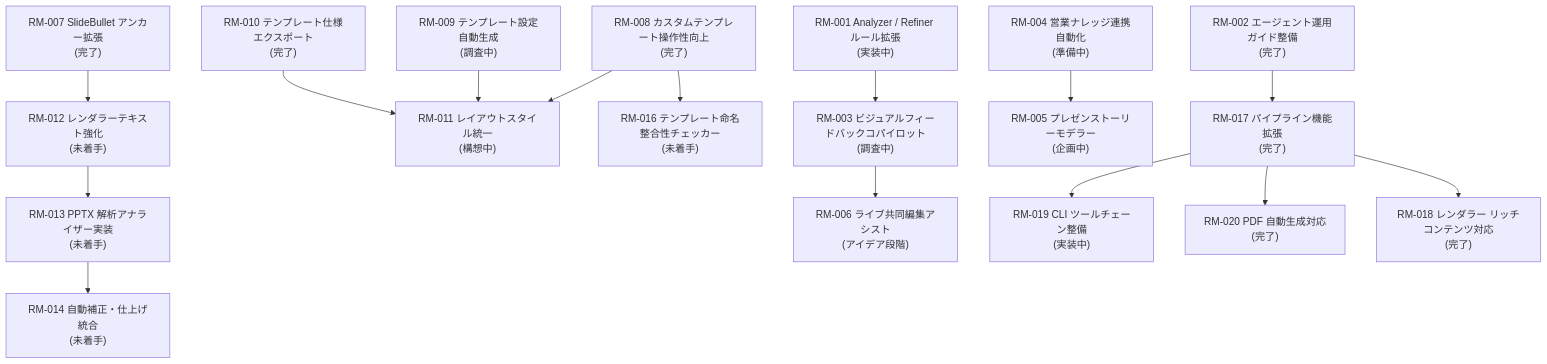
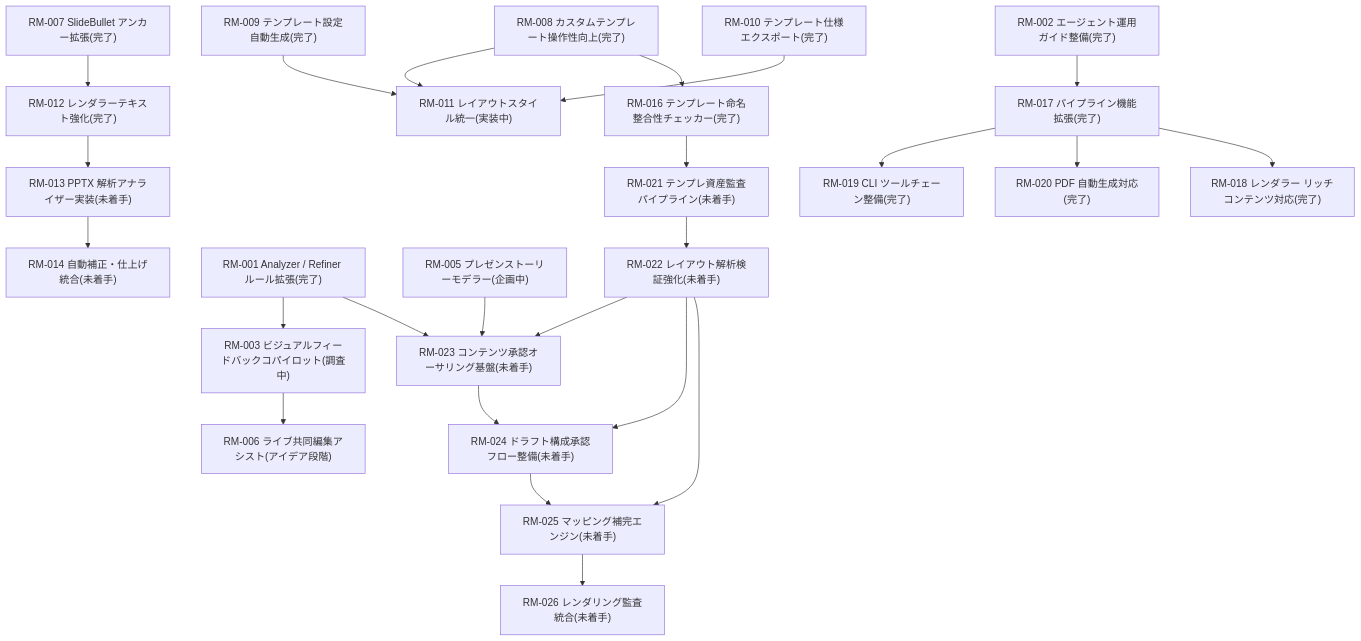
Before and after one commit to yurake/pptx_generator: the diagram in docs/roadmap/README.md, drawn with Mermaid. The commit also changed other lines of this file and 6 other files, not shown here.

````diff
--- a/docs/roadmap/README.md
+++ b/docs/roadmap/README.md
@@ -28,17 +28,26 @@
 ```mermaid
 graph TD
-    RM007["RM-007 SlideBullet アンカー拡張\n(完了)"] --> RM012["RM-012 レンダラーテキスト強化\n(未着手)"]
-    RM012 --> RM013["RM-013 PPTX 解析アナライザー実装\n(未着手)"]
-    RM013 --> RM014["RM-014 自動補正・仕上げ統合\n(未着手)"]
-    RM008["RM-008 カスタムテンプレート操作性向上\n(完了)"] --> RM011["RM-011 レイアウトスタイル統一\n(構想中)"]
-    RM009["RM-009 テンプレート設定自動生成\n(調査中)"] --> RM011
-    RM010["RM-010 テンプレート仕様エクスポート\n(完了)"] --> RM011
-    RM008 --> RM016["RM-016 テンプレート命名整合性チェッカー\n(未着手)"]
-    RM001["RM-001 Analyzer / Refiner ルール拡張\n(実装中)"] --> RM003["RM-003 ビジュアルフィードバックコパイロット\n(調査中)"]
-    RM003 --> RM006["RM-006 ライブ共同編集アシスト\n(アイデア段階)"]
-    RM004["RM-004 営業ナレッジ連携自動化\n(準備中)"] --> RM005["RM-005 プレゼンストーリーモデラー\n(企画中)"]
-    RM002["RM-002 エージェント運用ガイド整備\n(完了)"] --> RM017["RM-017 パイプライン機能拡張\n(完了)"]
-    RM017 --> RM019["RM-019 CLI ツールチェーン整備\n(実装中)"]
-    RM017 --> RM020["RM-020 PDF 自動生成対応\n(完了)"]
-    RM017 --> RM018["RM-018 レンダラー リッチコンテンツ対応\n(完了)"]
+    RM007["RM-007 SlideBullet アンカー拡張(完了)"] --> RM012["RM-012 レンダラーテキスト強化(完了)"]
+    RM012 --> RM013["RM-013 PPTX 解析アナライザー実装(未着手)"]
+    RM013 --> RM014["RM-014 自動補正・仕上げ統合(未着手)"]
+    RM008["RM-008 カスタムテンプレート操作性向上(完了)"] --> RM011["RM-011 レイアウトスタイル統一(実装中)"]
+    RM009["RM-009 テンプレート設定自動生成(完了)"] --> RM011
+    RM010["RM-010 テンプレート仕様エクスポート(完了)"] --> RM011
+    RM008 --> RM016["RM-016 テンプレート命名整合性チェッカー(完了)"]
+    RM016 --> RM021["RM-021 テンプレ資産監査パイプライン(未着手)"]
+    RM001["RM-001 Analyzer / Refiner ルール拡張(完了)"] --> RM003["RM-003 ビジュアルフィードバックコパイロット(調査中)"]
+    RM001 --> RM023["RM-023 コンテンツ承認オーサリング基盤(未着手)"]
+    RM005["RM-005 プレゼンストーリーモデラー(企画中)"] --> RM023
+    RM003 --> RM006["RM-006 ライブ共同編集アシスト(アイデア段階)"]
+    RM002["RM-002 エージェント運用ガイド整備(完了)"] --> RM017["RM-017 パイプライン機能拡張(完了)"]
+    RM017 --> RM019["RM-019 CLI ツールチェーン整備(完了)"]
+    RM017 --> RM020["RM-020 PDF 自動生成対応(完了)"]
+    RM017 --> RM018["RM-018 レンダラー リッチコンテンツ対応(完了)"]
+    RM021 --> RM022["RM-022 レイアウト解析検証強化(未着手)"]
+    RM022 --> RM023
+    RM022 --> RM024["RM-024 ドラフト構成承認フロー整備(未着手)"]
+    RM023 --> RM024
+    RM022 --> RM025["RM-025 マッピング補完エンジン(未着手)"]
+    RM024 --> RM025
+    RM025 --> RM026["RM-026 レンダリング監査統合(未着手)"]
 ```
````
